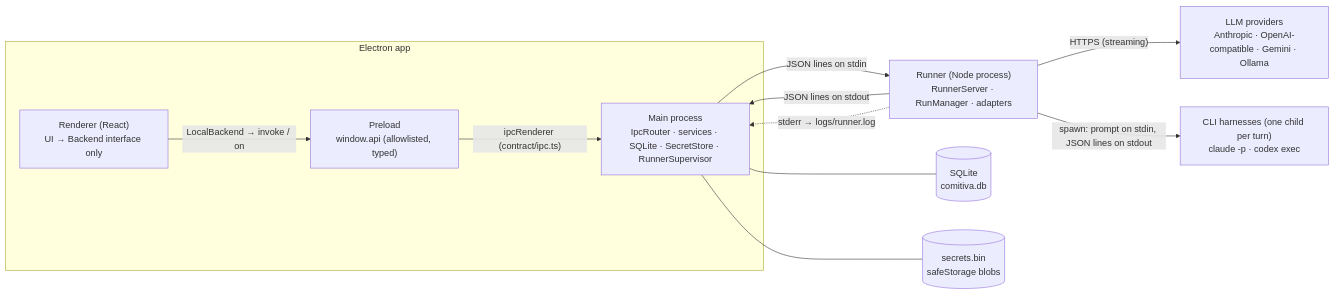
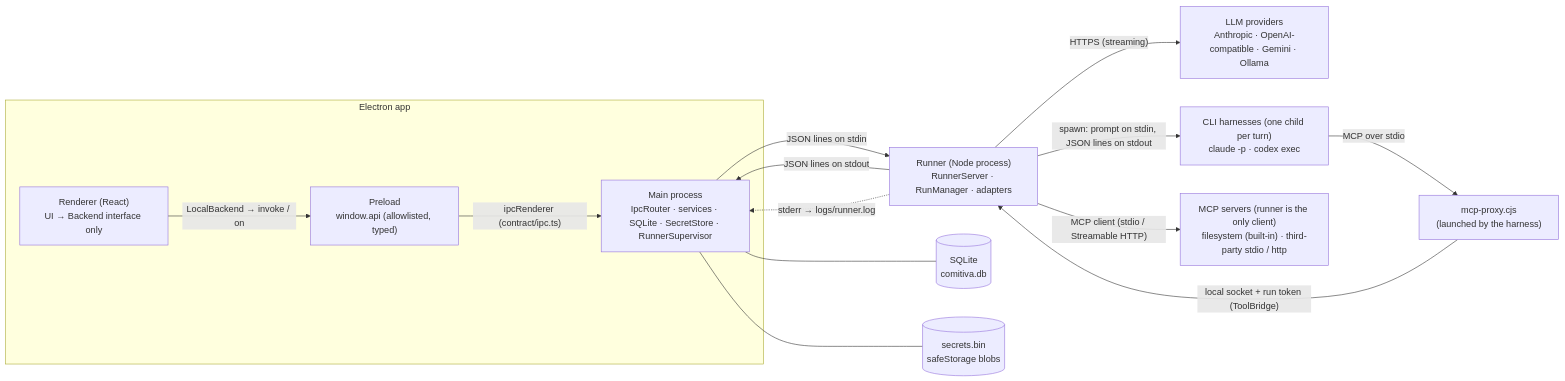
One commit to comitiva-dev/comitiva changed the diagram in docs/architecture.md. Above: the diagram before and after it, drawn with Mermaid. The commit also changed other lines of this file and 9 other files, not shown here.

````diff
--- a/docs/architecture.md
+++ b/docs/architecture.md
@@ -7,23 +7,28 @@
 ```mermaid
 flowchart LR
   subgraph Electron app
     R["Renderer (React)<br/>UI → Backend interface only"]
     P["Preload<br/>window.api (allowlisted, typed)"]
     M["Main process<br/>IpcRouter · services · SQLite · SecretStore · RunnerSupervisor"]
   end
   RN["Runner (Node process)<br/>RunnerServer · RunManager · adapters"]
   DB[("SQLite<br/>comitiva.db")]
   S[("secrets.bin<br/>safeStorage blobs")]
   LLM["LLM providers<br/>Anthropic · OpenAI-compatible · Gemini · Ollama"]
   H["CLI harnesses (one child per turn)<br/>claude -p · codex exec"]
+  MCP["MCP servers (runner is the only client)<br/>filesystem (built-in) · third-party stdio / http"]
+  PX["mcp-proxy.cjs<br/>(launched by the harness)"]
 
   R -- "LocalBackend → invoke / on" --> P
   P -- "ipcRenderer (contract/ipc.ts)" --> M
   M -- "JSON lines on stdin" --> RN
   RN -- "JSON lines on stdout" --> M
   RN -. "stderr → logs/runner.log" .-> M
   M --- DB
   M --- S
   RN -- "HTTPS (streaming)" --> LLM
   RN -- "spawn: prompt on stdin, JSON lines on stdout" --> H
+  RN -- "MCP client (stdio / Streamable HTTP)" --> MCP
+  H -- "MCP over stdio" --> PX
+  PX -- "local socket + run token (ToolBridge)" --> RN
 ```
````
